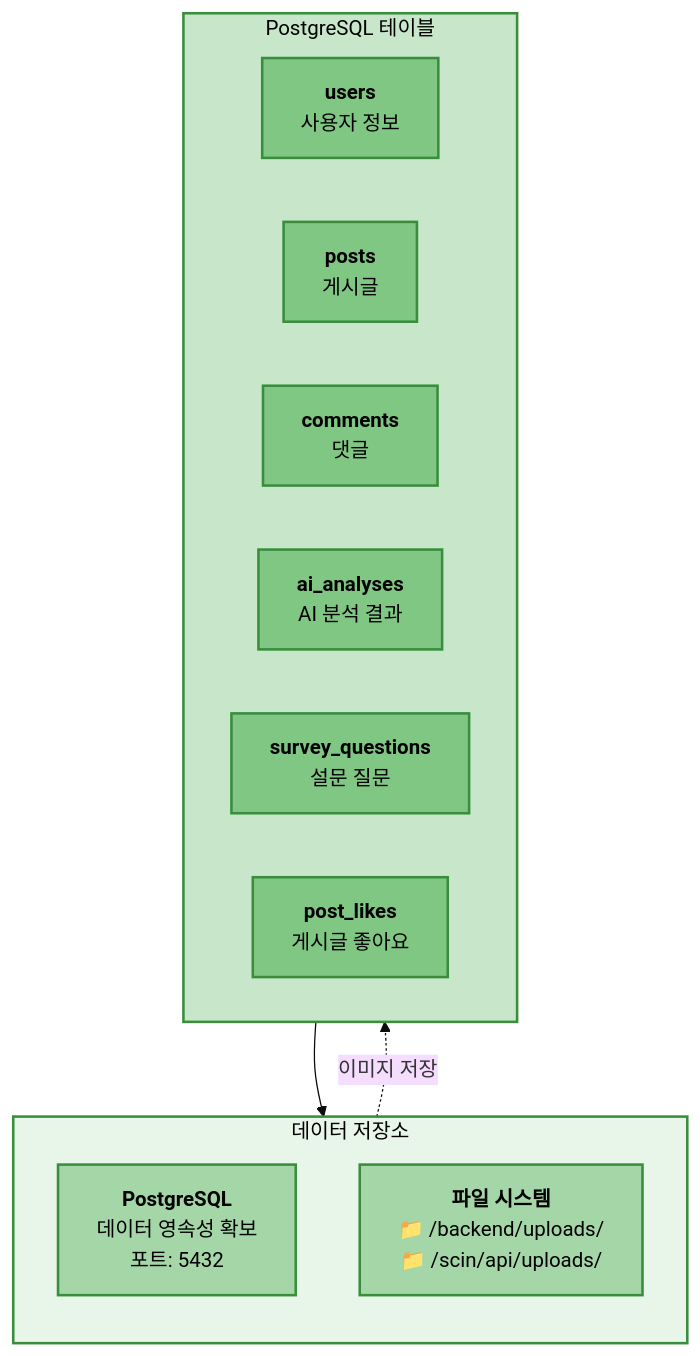
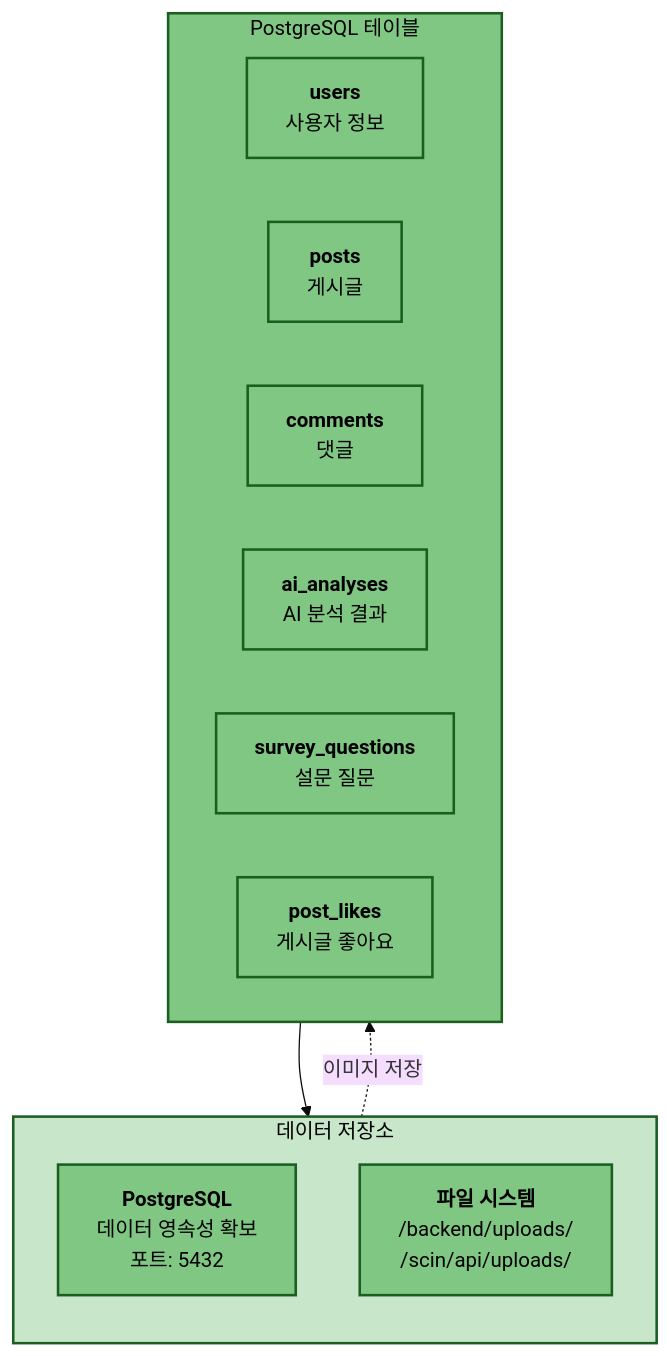
Before and after one commit to kyoe-23/DeepLearning_project: the seventh of 13 diagrams in Architecture.md, drawn with Mermaid (base theme). The commit also changed other lines of this file, not shown here.

````diff
--- a/Architecture.md
+++ b/Architecture.md
@@ -310,32 +310,32 @@
 ```mermaid
 graph TB
     subgraph STORAGE["데이터 저장소"]
         direction TB
         POSTGRES["<b>PostgreSQL</b><br/>데이터 영속성 확보<br/>포트: 5432"]
-        FILES["<b>파일 시스템</b><br/>📁 /backend/uploads/<br/>📁 /scin/api/uploads/"]
+        FILES["<b>파일 시스템</b><br/> /backend/uploads/<br/> /scin/api/uploads/"]
     end
 
     subgraph TABLES["PostgreSQL 테이블"]
         direction LR
         USERS["<b>users</b><br/>사용자 정보"]
         POSTS["<b>posts</b><br/>게시글"]
         COMMENTS["<b>comments</b><br/>댓글"]
         ANALYSES["<b>ai_analyses</b><br/>AI 분석 결과"]
         SURVEYS["<b>survey_questions</b><br/>설문 질문"]
         LIKES["<b>post_likes</b><br/>게시글 좋아요"]
     end
 
     TABLES --> POSTGRES
     FILES -.->|"이미지 저장"| ANALYSES
 
-    style STORAGE fill:#E8F5E9,stroke:#388E3C,stroke-width:2px,color:#000
-    style TABLES fill:#C8E6C9,stroke:#388E3C,stroke-width:2px,color:#000
-    style POSTGRES fill:#A5D6A7,stroke:#388E3C,stroke-width:2px,color:#000
-    style FILES fill:#A5D6A7,stroke:#388E3C,stroke-width:2px,color:#000
-    style USERS fill:#81C784,stroke:#388E3C,stroke-width:2px,color:#000
-    style POSTS fill:#81C784,stroke:#388E3C,stroke-width:2px,color:#000
-    style COMMENTS fill:#81C784,stroke:#388E3C,stroke-width:2px,color:#000
-    style ANALYSES fill:#81C784,stroke:#388E3C,stroke-width:2px,color:#000
-    style SURVEYS fill:#81C784,stroke:#388E3C,stroke-width:2px,color:#000
-    style LIKES fill:#81C784,stroke:#388E3C,stroke-width:2px,color:#000
+    style STORAGE fill:#C8E6C9,stroke:#1B5E20,stroke-width:2px,color:#000
+    style TABLES fill:#81C784,stroke:#1B5E20,stroke-width:2px,color:#000
+    style POSTGRES fill:#81C784,stroke:#1B5E20,stroke-width:2px,color:#000
+    style FILES fill:#81C784,stroke:#1B5E20,stroke-width:2px,color:#000
+    style USERS fill:#81C784,stroke:#1B5E20,stroke-width:2px,color:#000
+    style POSTS fill:#81C784,stroke:#1B5E20,stroke-width:2px,color:#000
+    style COMMENTS fill:#81C784,stroke:#1B5E20,stroke-width:2px,color:#000
+    style ANALYSES fill:#81C784,stroke:#1B5E20,stroke-width:2px,color:#000
+    style SURVEYS fill:#81C784,stroke:#1B5E20,stroke-width:2px,color:#000
+    style LIKES fill:#81C784,stroke:#1B5E20,stroke-width:2px,color:#000
 ```
````
